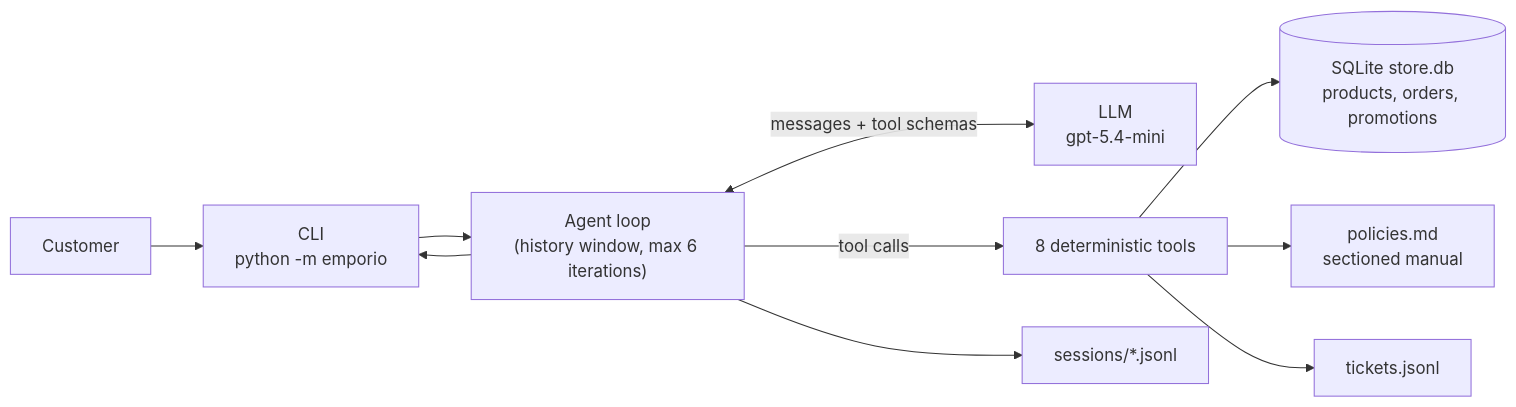
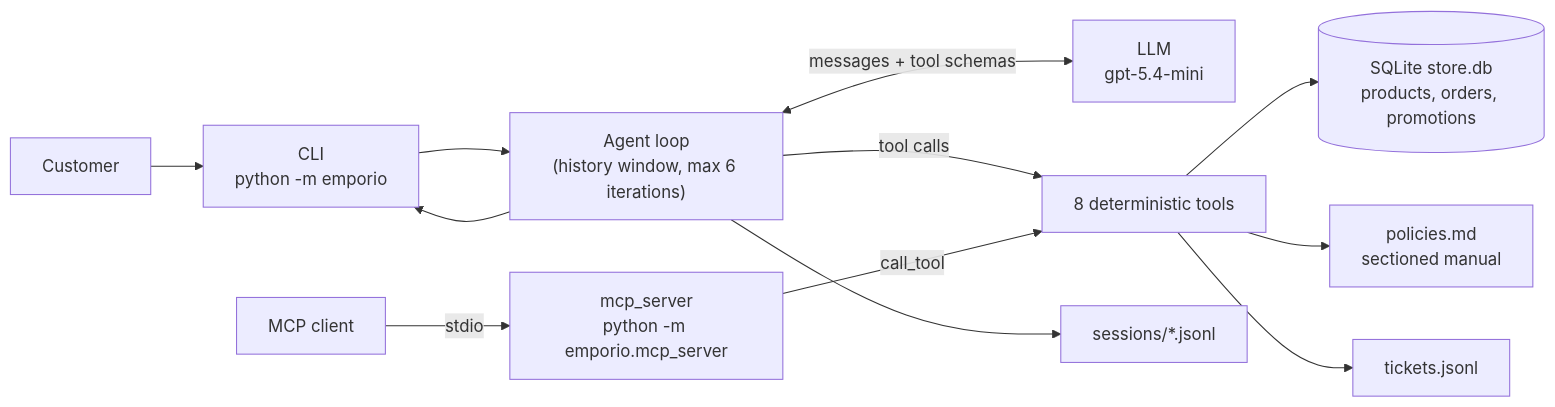
The diagram in README.md (joaofernandesng/emporio-musica-agent), drawn with Mermaid before and after one commit. The commit also changed other lines of this file and 1 other file, not shown here.

First line of the commit message:
docs: using the tools from an MCP client

````diff
--- a/README.md
+++ b/README.md
@@ -92,12 +92,14 @@
 ```mermaid
 flowchart LR
     C["Customer"] --> CLI["CLI<br/>python -m emporio"]
     CLI --> LOOP["Agent loop<br/>(history window, max 6 iterations)"]
     LOOP <-->|"messages + tool schemas"| LLM["LLM<br/>gpt-5.4-mini"]
     LOOP -->|"tool calls"| TOOLS["8 deterministic tools"]
     TOOLS --> DB[("SQLite store.db<br/>products, orders, promotions")]
     TOOLS --> POL["policies.md<br/>sectioned manual"]
     TOOLS --> TK["tickets.jsonl"]
     LOOP --> SES["sessions/*.jsonl"]
     LOOP --> CLI
+    MCPC["MCP client"] -->|"stdio"| MCPS["mcp_server<br/>python -m emporio.mcp_server"]
+    MCPS -->|"call_tool"| TOOLS
 ```
````
